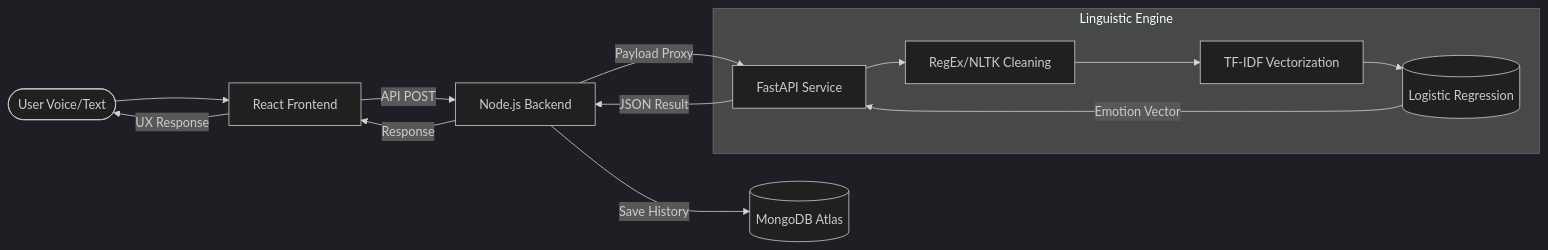
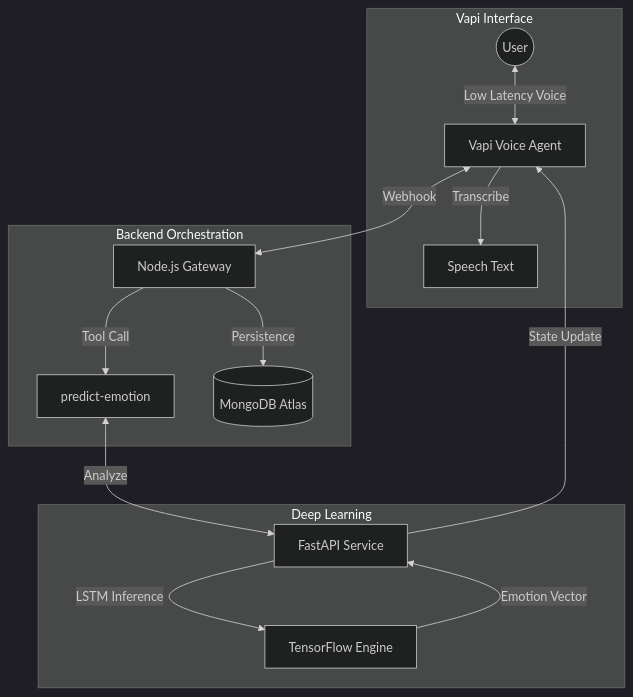
One commit to ARYANCY/nlp-voice-emotion-analyzer changed the diagram in README.md. Above: the diagram before and after it, drawn with Mermaid (dark theme). The commit also changed other lines of this file and 5 other files, not shown here.

````diff
--- a/README.md
+++ b/README.md
@@ -9,18 +9,21 @@
 ```mermaid
-flowchart LR
-    User([User Voice/Text]) --> FE[React Frontend]
-    FE -->|API POST| API[Node.js Backend]
-    API -->|Payload Proxy| AI[FastAPI Service]
-    
-    subgraph Analysis [Linguistic Engine]
-        AI --> Clean[RegEx/NLTK Cleaning]
-        Clean --> Vec[TF-IDF Vectorization]
-        Vec --> Model[(Logistic Regression)]
+flowchart TD
+    subgraph Communications [Vapi Interface]
+        User((User)) <-->|Low Latency Voice| Vapi[Vapi Voice Agent]
+        Vapi -->|Transcribe| Text[Speech Text]
     end
-    
-    Model -->|Emotion Vector| AI
-    AI -->|JSON Result| API
-    API -->|Save History| DB[(MongoDB Atlas)]
-    API -->|Response| FE
-    FE -->|UX Response| User
+
+    subgraph Logic [Backend Orchestration]
+        Vapi <-->|Webhook| BE[Node.js Gateway]
+        BE -->|Tool Call| Tool[predict-emotion]
+        BE -->|Persistence| DB[(MongoDB Atlas)]
+    end
+
+    subgraph Analytical_Engine [Deep Learning]
+        Tool <-->|Analyze| AI[FastAPI Service]
+        AI -->|LSTM Inference| TF[TensorFlow Engine]
+        TF -->|Emotion Vector| AI
+    end
+
+    AI -->|State Update| Vapi
 ```
````
